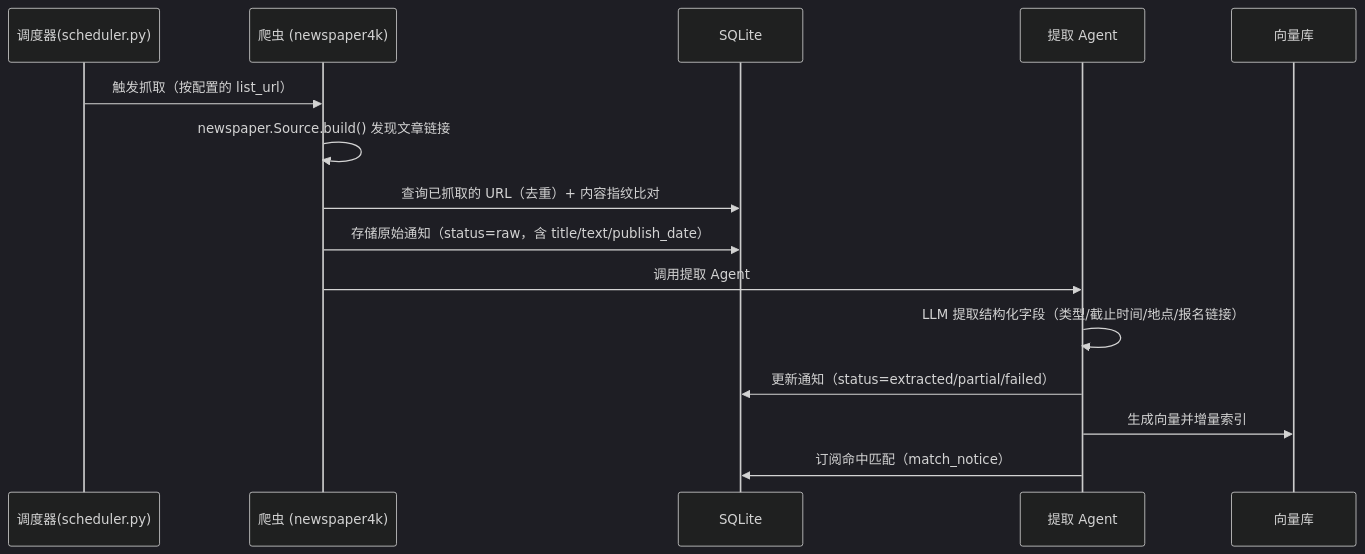
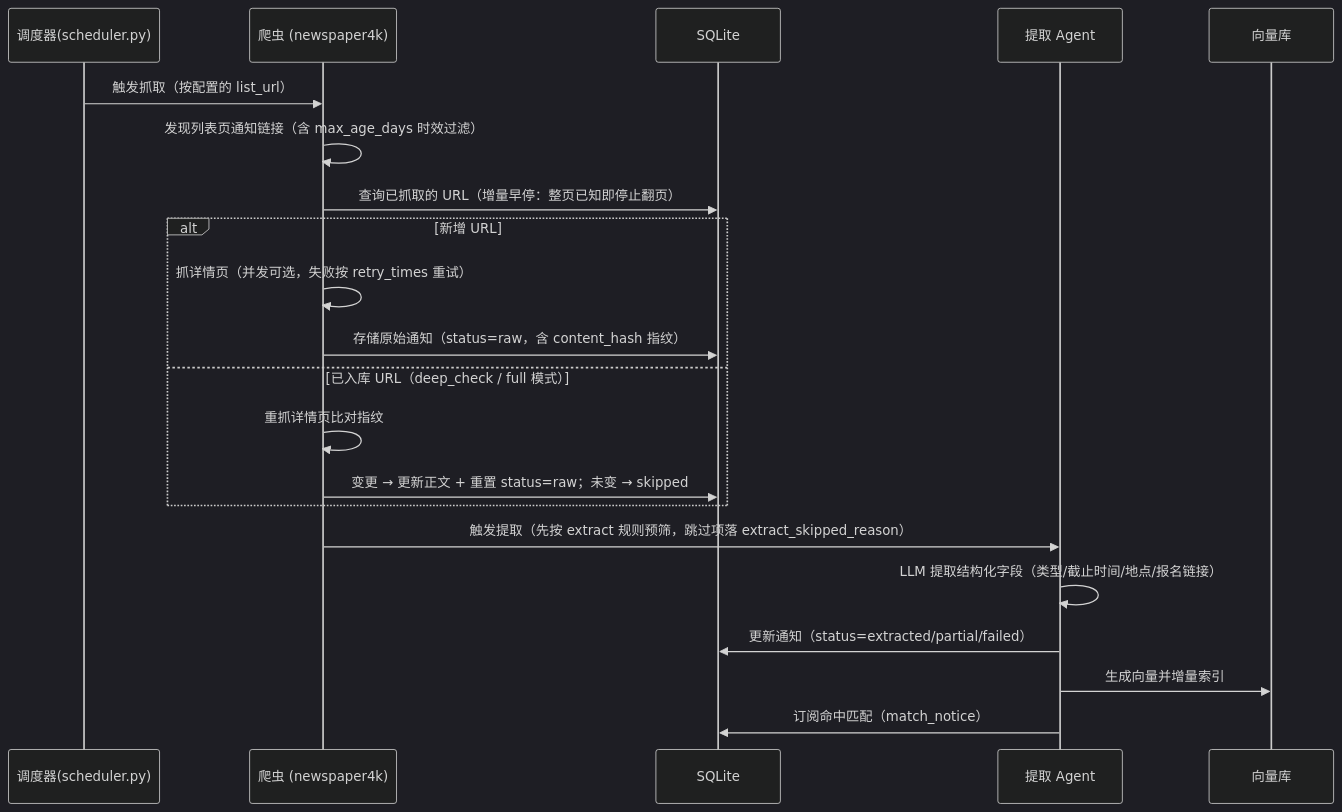
One commit to HLGZJY/campus_notice_assistant_v2 changed the second of 4 diagrams in docs/ARCHITECTURE.md. Above: the diagram before and after it, drawn with Mermaid (dark theme). The commit also changed other lines of this file and 5 other files, not shown here.

Commit message:
docs: 阶段 7 优化文档同步——README(CLI/调度器/增量与预筛章节) + ARCHITECTURE(数据流图/配置示例/API/错误策略) + DATA-MODEL(新列) + PRD(F24-F26/资源消耗) + ROADMAP(新里程碑) + 页面修改参考架构(新调用链)

````diff
--- a/docs/ARCHITECTURE.md
+++ b/docs/ARCHITECTURE.md
@@ -170,18 +170,24 @@
 ```mermaid
 sequenceDiagram
     participant S as 调度器(scheduler.py)
     participant C as 爬虫 (newspaper4k)
     participant DB as SQLite
     participant E as 提取 Agent
     participant V as 向量库
 
     S->>C: 触发抓取（按配置的 list_url）
-    C->>C: newspaper.Source.build() 发现文章链接
-    C->>DB: 查询已抓取的 URL（去重）+ 内容指纹比对
-    C->>DB: 存储原始通知（status=raw，含 title/text/publish_date）
-    C->>E: 调用提取 Agent
+    C->>C: 发现列表页通知链接（含 max_age_days 时效过滤）
+    C->>DB: 查询已抓取的 URL（增量早停：整页已知即停止翻页）
+    alt 新增 URL
+        C->>C: 抓详情页（并发可选，失败按 retry_times 重试）
+        C->>DB: 存储原始通知（status=raw，含 content_hash 指纹）
+    else 已入库 URL（deep_check / full 模式）
+        C->>C: 重抓详情页比对指纹
+        C->>DB: 变更 → 更新正文 + 重置 status=raw；未变 → skipped
+    end
+    C->>E: 触发提取（先按 extract 规则预筛，跳过项落 extract_skipped_reason）
     E->>E: LLM 提取结构化字段（类型/截止时间/地点/报名链接）
     E->>DB: 更新通知（status=extracted/partial/failed）
     E->>V: 生成向量并增量索引
     E->>DB: 订阅命中匹配（match_notice）
 ```
````
